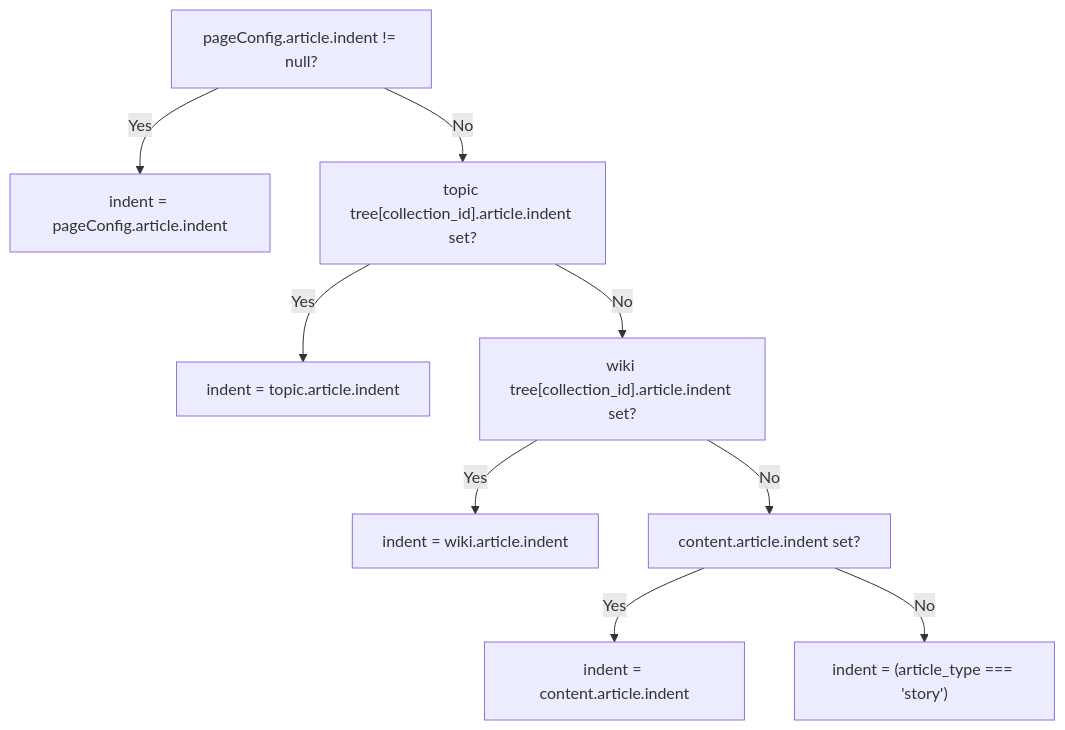
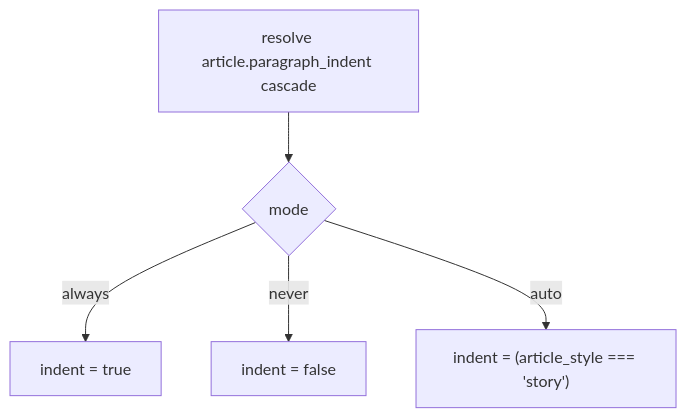
One commit to xaoxuu/hexo-theme-stellar changed the fourth of 5 diagrams in docs/knowledge/02-布局系统/page-templates-routing.md. Above: the diagram before and after it, drawn with Mermaid. The commit also changed other lines of this file and 52 other files, not shown here.

Commit message:
refactor(v2): 收敛 Content 与 Collection 配置 (#727)

````diff
--- a/docs/knowledge/02-布局系统/page-templates-routing.md
+++ b/docs/knowledge/02-布局系统/page-templates-routing.md
@@ -146,11 +141,7 @@
 ```mermaid
 flowchart TD
-    A["pageConfig.article.indent != null?"] -->|Yes| B["indent = pageConfig.article.indent"]
-    A -->|No| C["topic tree[collection_id].article.indent set?"]
-    C -->|Yes| D["indent = topic.article.indent"]
-    C -->|No| E["wiki tree[collection_id].article.indent set?"]
-    E -->|Yes| F["indent = wiki.article.indent"]
-    E -->|No| G["content.article.indent set?"]
-    G -->|Yes| H["indent = content.article.indent"]
-    G -->|No| I["indent = (article_type === 'story')"]
+    A["resolve article.paragraph_indent cascade"] --> B{"mode"}
+    B -->|always| C["indent = true"]
+    B -->|never| D["indent = false"]
+    B -->|auto| E["indent = (article_style === 'story')"]
 ```
````
